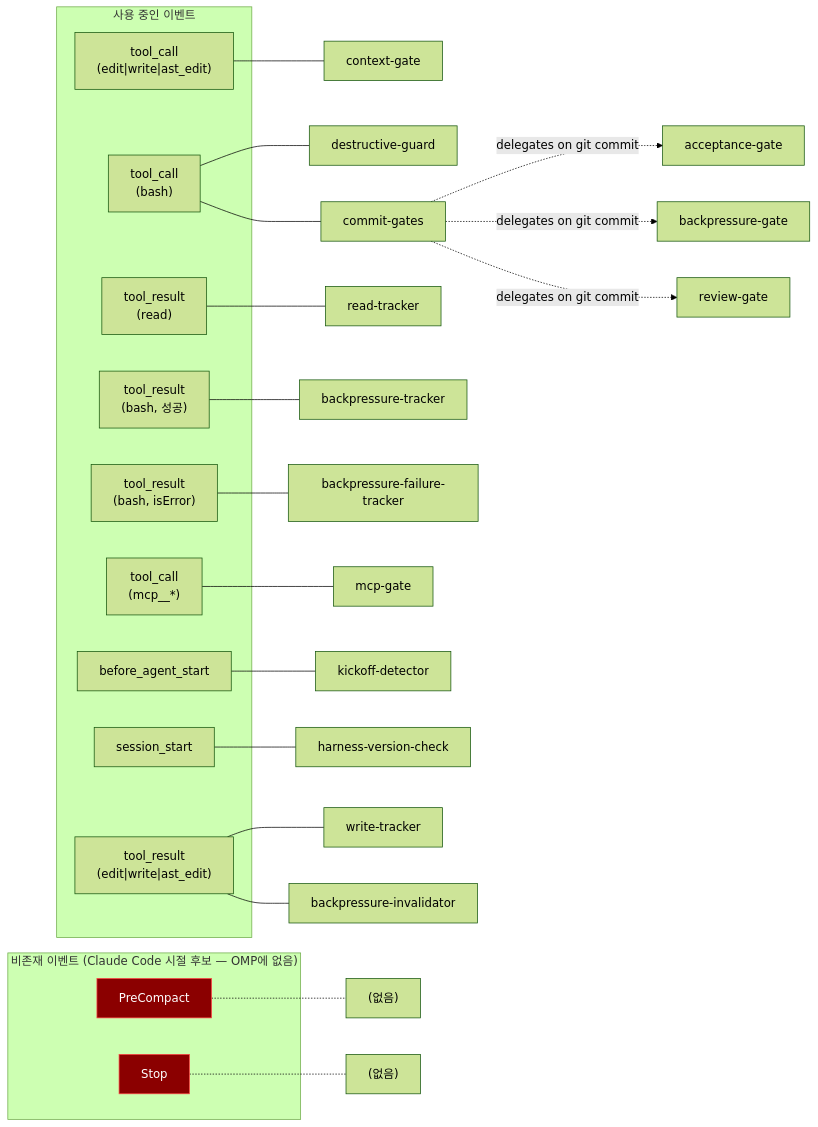
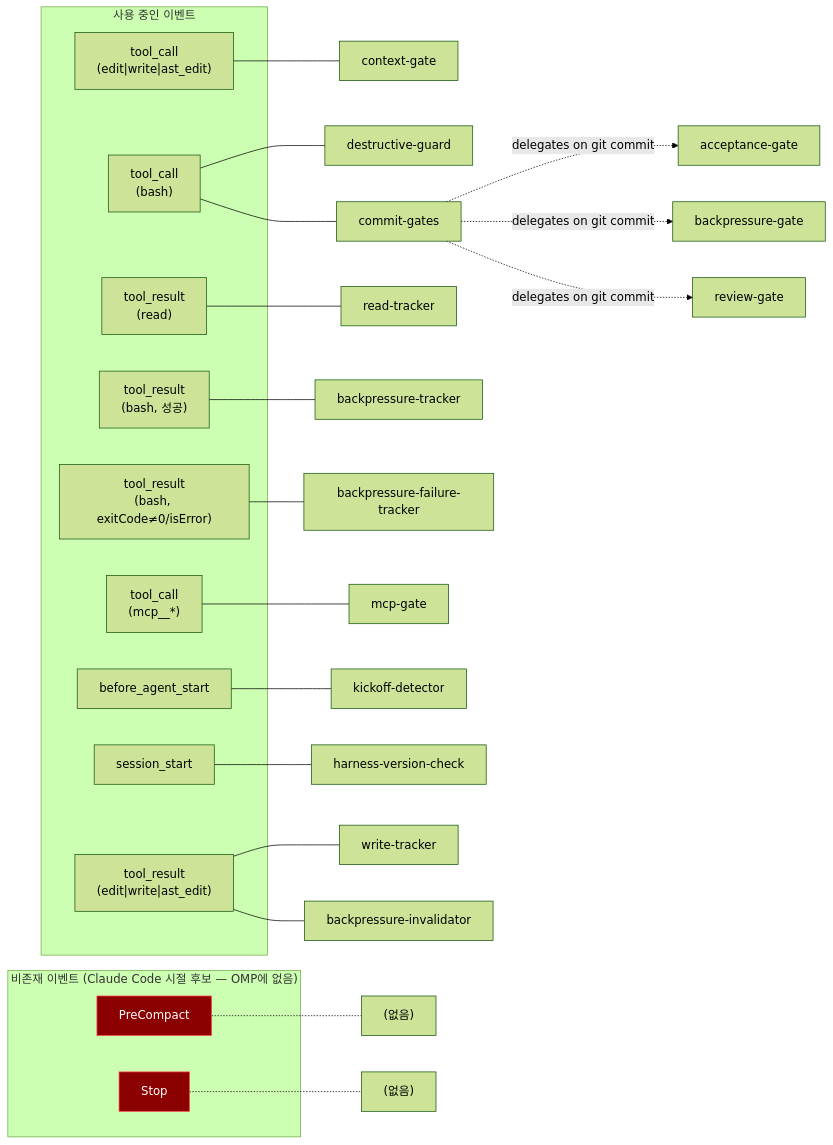
One commit to rae-hugo-kim/omp changed the sixth of 7 diagrams in docs/architecture/harness-architecture.md. Above: the diagram before and after it, drawn with Mermaid (forest theme). The commit also changed other lines of this file and 7 other files, not shown here.

Commit message:
fix(harness): bash 비-0 exit를 details.exitCode로 판정해 FAIL 라우팅 + edit 입력 양형 지원

````diff
--- a/docs/architecture/harness-architecture.md
+++ b/docs/architecture/harness-architecture.md
@@ -298,36 +298,36 @@
 ```mermaid
 graph LR
     subgraph "사용 중인 이벤트"
         E1["tool_call<br/>(edit|write|ast_edit)"]
         E2["tool_call<br/>(bash)"]
         E3["tool_result<br/>(read)"]
         E4["tool_result<br/>(bash, 성공)"]
         E5["before_agent_start"]
         E6["session_start"]
         E10["tool_result<br/>(edit|write|ast_edit)"]
-        E11["tool_result<br/>(bash, isError)"]
+        E11["tool_result<br/>(bash, exitCode≠0/isError)"]
         E12["tool_call<br/>(mcp__*)"]
     end
 
     subgraph "비존재 이벤트 (Claude Code 시절 후보 — OMP에 없음)"
         E7["PreCompact"]
         E8["Stop"]
     end
 
     E1 --- CG[context-gate]
     E2 --- DG[destructive-guard] & CGATES[commit-gates]
     CGATES -.->|delegates on git commit| AG[acceptance-gate] & BG[backpressure-gate] & RV[review-gate]
     E3 --- RT[read-tracker]
     E4 --- BT[backpressure-tracker]
     E11 --- BFT[backpressure-failure-tracker]
     E12 --- MG[mcp-gate]
     E5 --- KD[kickoff-detector]
     E6 --- HVC[harness-version-check]
     E10 --- WT[write-tracker] & BI[backpressure-invalidator]
 
     E7 -.- N1["(없음)"]
     E8 -.- N2["(없음)"]
 
     style E7 fill:#8b0000,color:#fff,stroke:#ff4444
     style E8 fill:#8b0000,color:#fff,stroke:#ff4444
 ```
````
